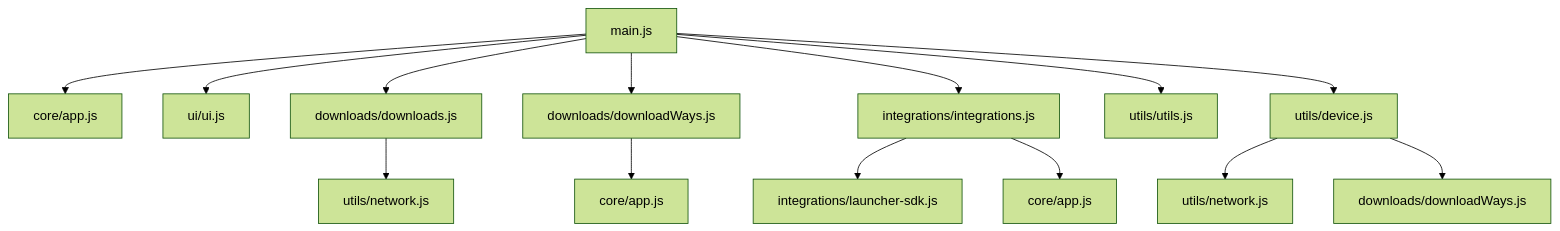
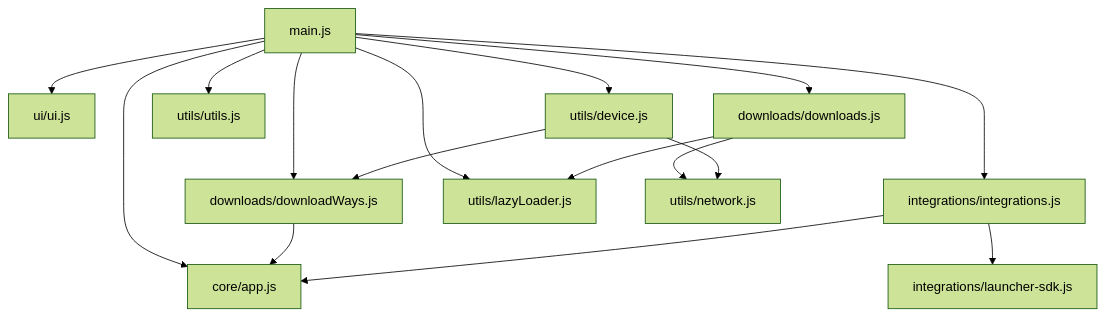
Before and after one commit to XiaoluoFoxington/FCL.website.mdui: the diagram in MODULES.md, drawn with Mermaid (forest theme). The commit also changed other lines of this file and 16 other files, not shown here.

````diff
--- a/MODULES.md
+++ b/MODULES.md
@@ -20,17 +20,19 @@
 ```mermaid
 graph TD
     A[main.js] --> B[core/app.js]
     A --> C[ui/ui.js]
     A --> D[downloads/downloads.js]
     A --> E[downloads/downloadWays.js]
     A --> F[integrations/integrations.js]
     A --> G[utils/utils.js]
     A --> H[utils/device.js]
+    A --> I[utils/lazyLoader.js]
     
-    D --> I[utils/network.js]
-    E --> J[core/app.js]
+    D --> J[utils/network.js]
+    D --> I
+    E --> B
     F --> K[integrations/launcher-sdk.js]
-    F --> L[core/app.js]
-    H --> M[utils/network.js]
-    H --> N[downloads/downloadWays.js]
+    F --> B
+    H --> J
+    H --> E
 ```
````
